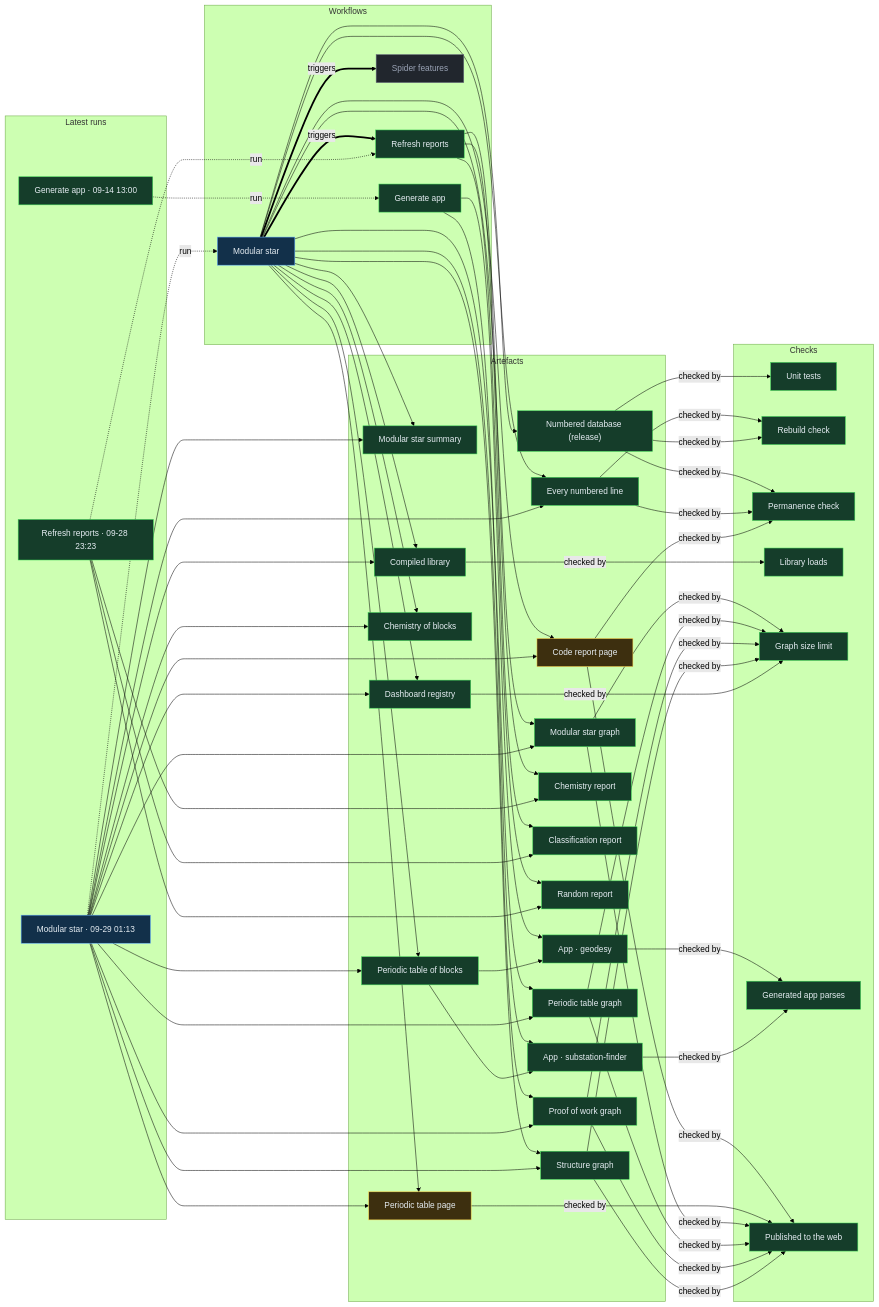
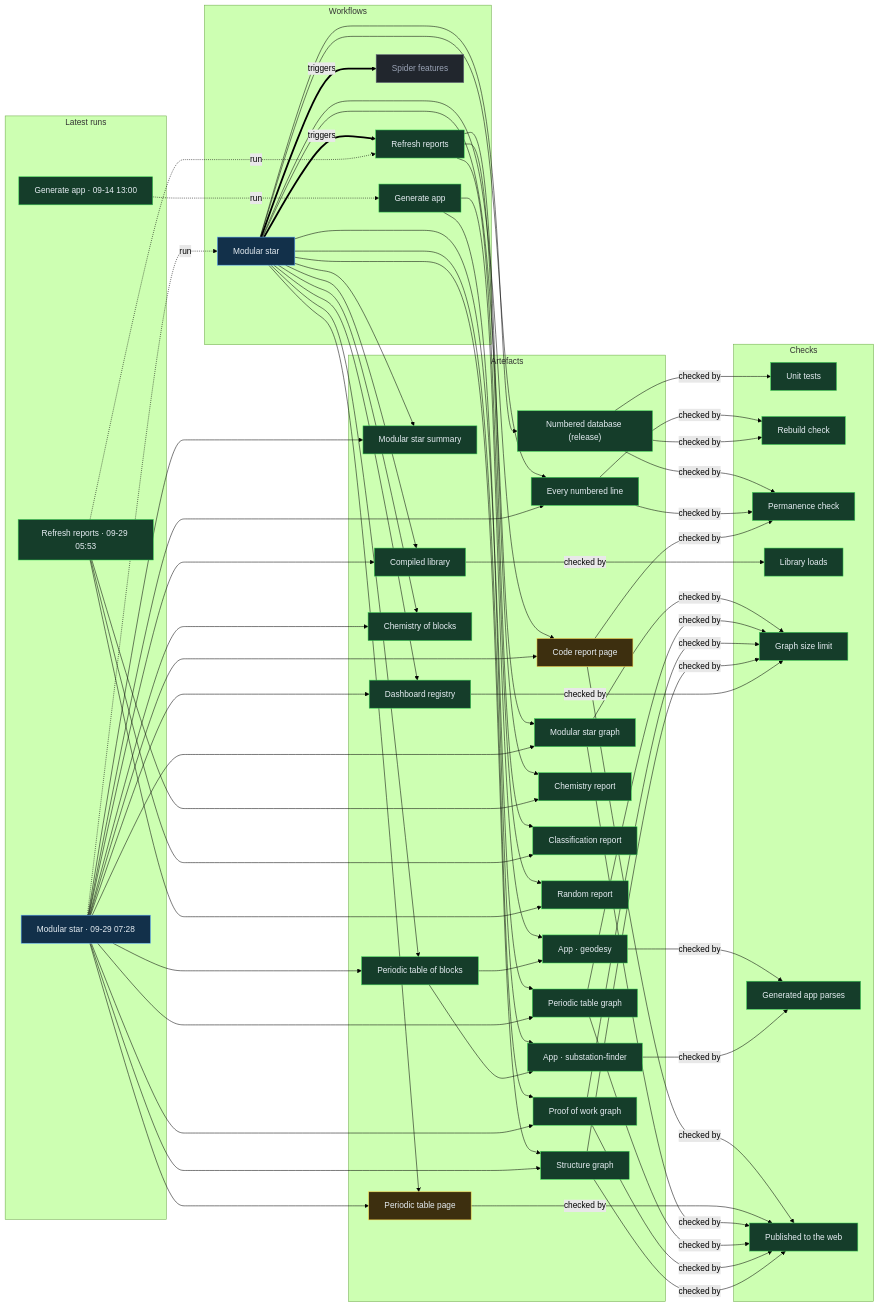
One commit to Ventusltd/stars changed the diagram in proof/PROOF.md. Above: the diagram before and after it, drawn with Mermaid (forest theme). The commit also changed other lines of this file and 36 other files, not shown here.

Commit message:
Modular star 2026-09-29T07:31Z

```diff
--- a/proof/PROOF.md
+++ b/proof/PROOF.md
@@ -24,8 +24,8 @@
   n_wf_spider_features["Spider features"]:::off
   end
   subgraph g_runs["Latest runs"]
-  n_run_36506904605["Modular star · 09-29 01:13"]:::live
-  n_run_36497745814["Refresh reports · 09-28 23:23"]:::ok
+  n_run_36536829602["Modular star · 09-29 07:28"]:::live
+  n_run_36528359788["Refresh reports · 09-29 05:53"]:::ok
   n_run_34846587798["Generate app · 09-14 13:00"]:::ok
   end
   subgraph g_artefacts["Artefacts"]
@@ -59,39 +59,39 @@
   end
   n_wf_modular_star == triggers ==> n_wf_refresh
   n_wf_modular_star == triggers ==> n_wf_spider_features
-  n_run_36506904605 -. run .-> n_wf_modular_star
-  n_run_36497745814 -. run .-> n_wf_refresh
+  n_run_36536829602 -. run .-> n_wf_modular_star
+  n_run_36528359788 -. run .-> n_wf_refresh
   n_run_34846587798 -. run .-> n_wf_generate
   n_wf_modular_star --> n_art_summary
-  n_run_36506904605 --> n_art_summary
+  n_run_36536829602 --> n_art_summary
   n_wf_modular_star --> n_art_lines
-  n_run_36506904605 --> n_art_lines
+  n_run_36536829602 --> n_art_lines
   n_wf_modular_star --> n_art_code
-  n_run_36506904605 --> n_art_code
+  n_run_36536829602 --> n_art_code
   n_wf_modular_star --> n_art_modular_graph
-  n_run_36506904605 --> n_art_modular_graph
+  n_run_36536829602 --> n_art_modular_graph
   n_wf_modular_star --> n_art_blocks
-  n_run_36506904605 --> n_art_blocks
+  n_run_36536829602 --> n_art_blocks
   n_wf_modular_star --> n_art_table
-  n_run_36506904605 --> n_art_table
+  n_run_36536829602 --> n_art_table
   n_wf_modular_star --> n_art_blocks_graph
-  n_run_36506904605 --> n_art_blocks_graph
+  n_run_36536829602 --> n_art_blocks_graph
   n_wf_modular_star --> n_art_reactions
-  n_run_36506904605 --> n_art_reactions
+  n_run_36536829602 --> n_art_reactions
   n_wf_modular_star --> n_art_library
-  n_run_36506904605 --> n_art_library
+  n_run_36536829602 --> n_art_library
   n_wf_modular_star --> n_art_features
-  n_run_36506904605 --> n_art_features
+  n_run_36536829602 --> n_art_features
   n_wf_modular_star --> n_art_proof
-  n_run_36506904605 --> n_art_proof
+  n_run_36536829602 --> n_art_proof
   n_wf_modular_star --> n_art_structure
-  n_run_36506904605 --> n_art_structure
+  n_run_36536829602 --> n_art_structure
   n_wf_refresh --> n_art_chemistry
-  n_run_36497745814 --> n_art_chemistry
+  n_run_36528359788 --> n_art_chemistry
   n_wf_refresh --> n_art_vedic
-  n_run_36497745814 --> n_art_vedic
+  n_run_36528359788 --> n_art_vedic
   n_wf_refresh --> n_art_random
-  n_run_36497745814 --> n_art_random
+  n_run_36528359788 --> n_art_random
   n_wf_modular_star --> n_art_release
   n_wf_generate --> n_app_geodesy
   n_art_blocks --> n_app_geodesy
```
